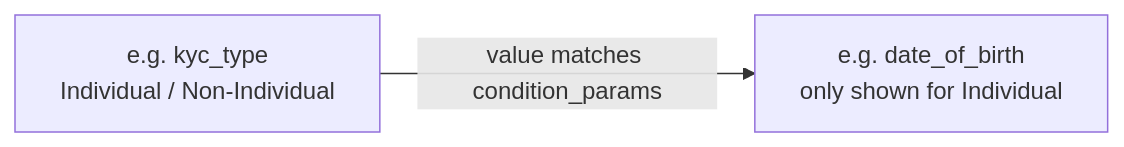
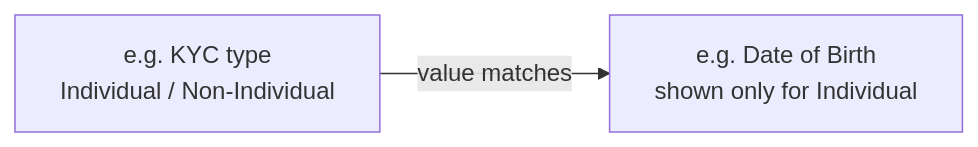
Before and after one commit to sampadadiwan/IRM_CompanyMain: the fourth of 4 diagrams in docs/user_guides/custom_fields_user_guide.md, drawn with Mermaid. The commit also changed other lines of this file and 21 other files, not shown here.

````diff
--- a/docs/user_guides/custom_fields_user_guide.md
+++ b/docs/user_guides/custom_fields_user_guide.md
@@ -249,4 +215,4 @@
 ```mermaid
 flowchart LR
-    ParentField[e.g. kyc_type\nIndividual / Non-Individual] -->|value matches condition_params| ConditionalField[e.g. date_of_birth\nonly shown for Individual]
+    Parent[e.g. KYC type<br/>Individual / Non-Individual] -->|value matches| Child[e.g. Date of Birth<br/>shown only for Individual]
 ```
````
